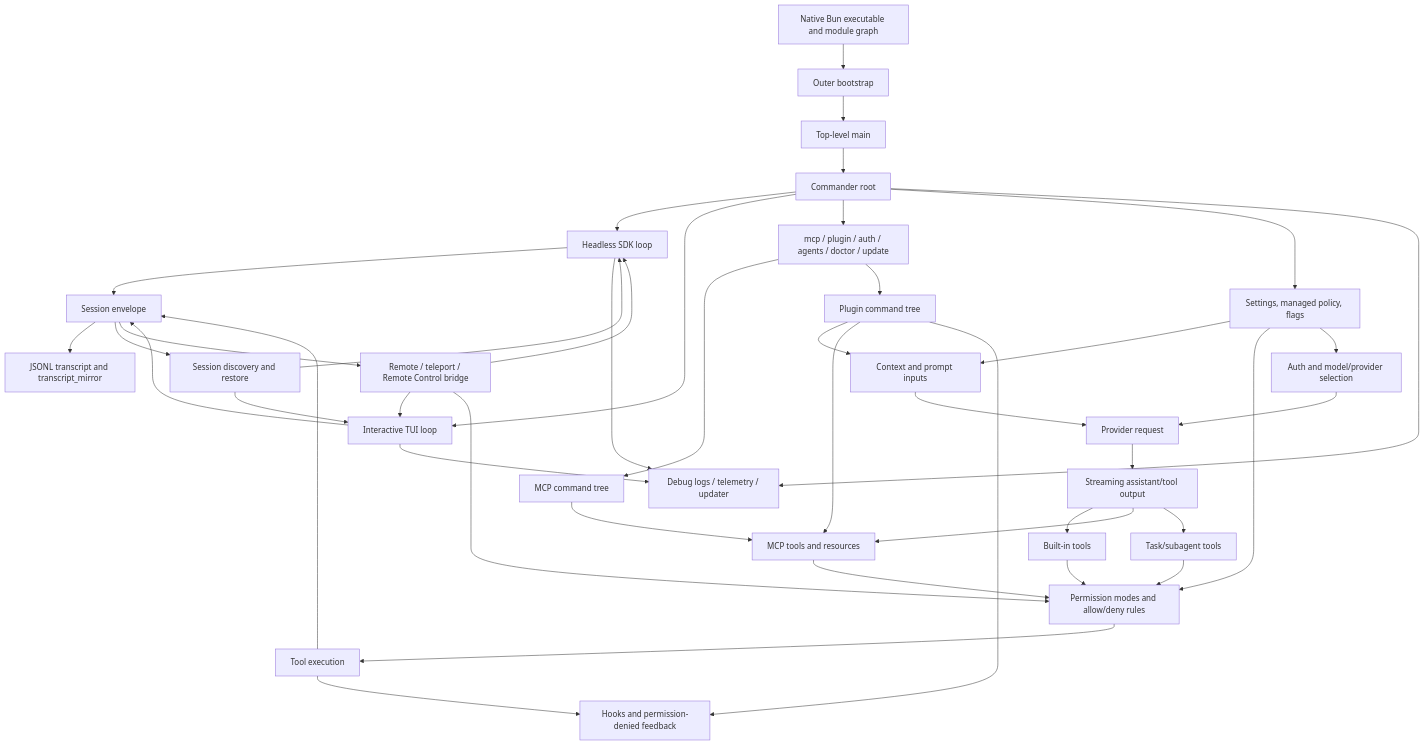
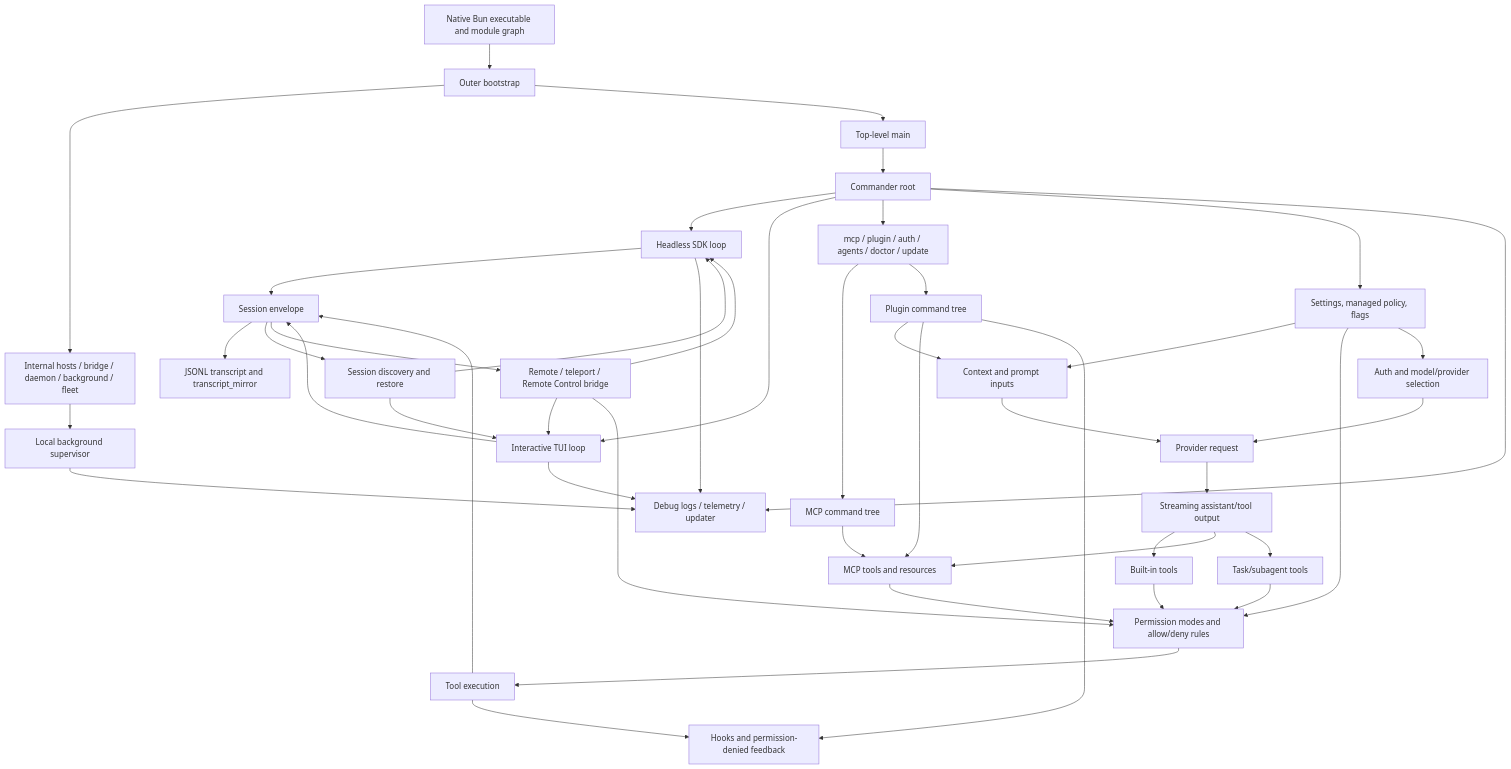
The first of 3 diagrams in docs/00-start-here/system-architecture.md (vibewatch/claude-code-internals), drawn with Mermaid before and after one commit. The commit also changed other lines of this file and 46 other files, not shown here.

````diff
--- a/docs/00-start-here/system-architecture.md
+++ b/docs/00-start-here/system-architecture.md
@@ -54,52 +56,55 @@
 ```mermaid
 flowchart TB
     Bun[Native Bun executable and module graph] --> Bootstrap[Outer bootstrap]
+    Bootstrap --> Specialized[Internal hosts / bridge / daemon / background / fleet]
     Bootstrap --> Main[Top-level main]
     Main --> Commander[Commander root]
 
     Commander --> Headless[Headless SDK loop]
     Commander --> Interactive[Interactive TUI loop]
     Commander --> Commands[mcp / plugin / auth / agents / doctor / update]
+    Specialized --> Daemon[Local background supervisor]
 
     Commander --> Settings[Settings, managed policy, flags]
     Settings --> Context[Context and prompt inputs]
     Settings --> Permissions[Permission modes and allow/deny rules]
     Settings --> Providers[Auth and model/provider selection]
 
     Context --> ModelRequest[Provider request]
     Providers --> ModelRequest
     ModelRequest --> ModelStream[Streaming assistant/tool output]
 
     ModelStream --> Tools[Built-in tools]
     ModelStream --> McpTools[MCP tools and resources]
     ModelStream --> Tasks[Task/subagent tools]
     Tools --> Permissions
     McpTools --> Permissions
     Tasks --> Permissions
     Permissions --> ToolExec[Tool execution]
     ToolExec --> Hooks[Hooks and permission-denied feedback]
 
     Commands --> Mcp[MCP command tree]
     Commands --> Plugins[Plugin command tree]
     Mcp --> McpTools
     Plugins --> Context
     Plugins --> McpTools
     Plugins --> Hooks
 
     Headless --> Session[Session envelope]
     Interactive --> Session
     ToolExec --> Session
     Session --> Transcripts[JSONL transcript and transcript_mirror]
     Session --> Restore[Session discovery and restore]
     Restore --> Interactive
     Restore --> Headless
 
     Session --> Remote[Remote / teleport / Remote Control bridge]
     Remote --> Interactive
     Remote --> Headless
     Remote --> Permissions
 
     Commander --> Ops[Debug logs / telemetry / updater]
     Headless --> Ops
     Interactive --> Ops
+    Daemon --> Ops
 ```
````
